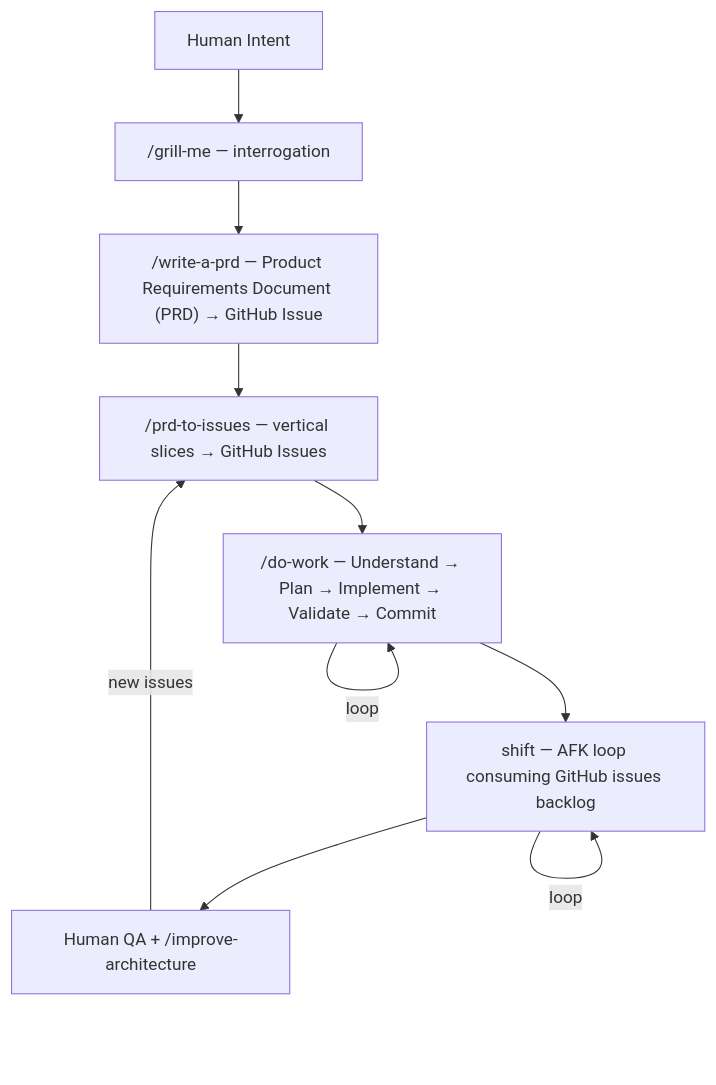
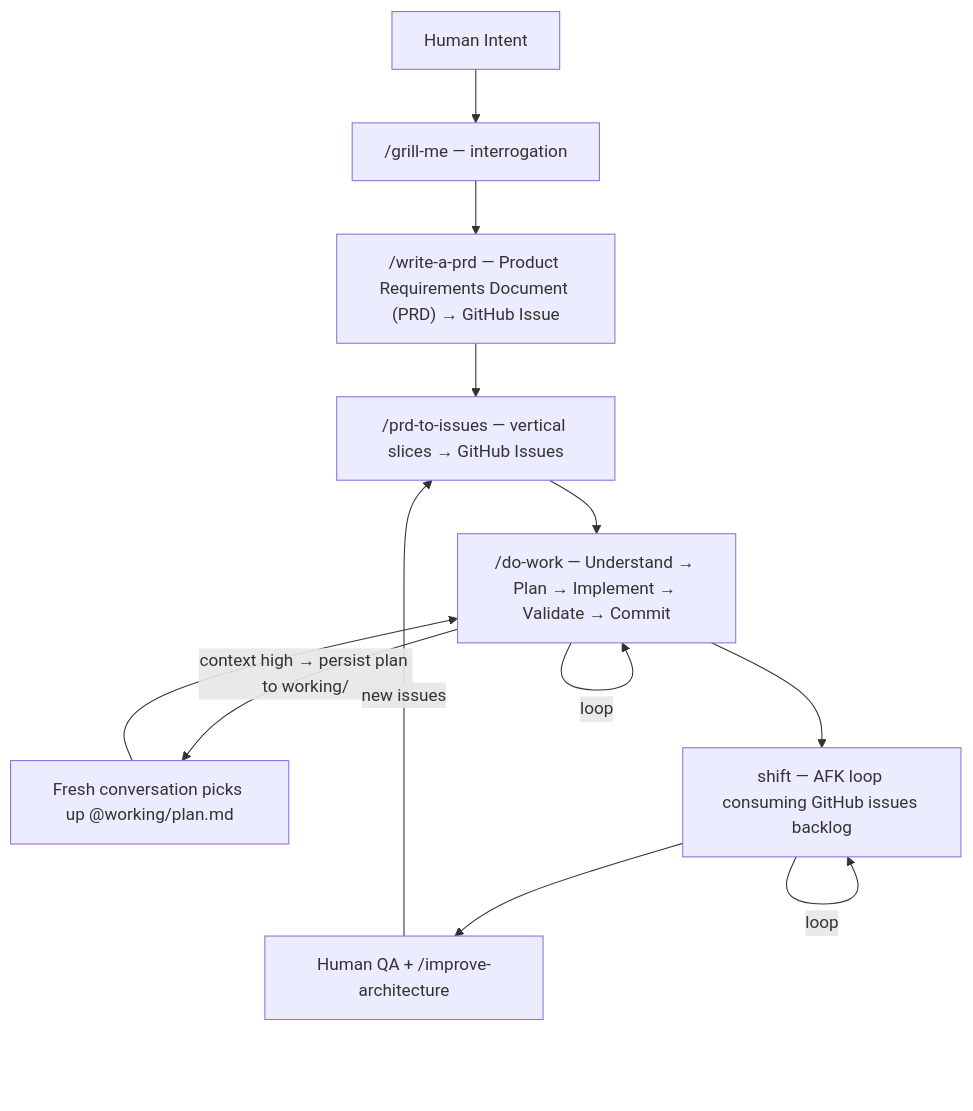
Before and after one commit to arndvs/ctrlshft: the diagram in README.md, drawn with Mermaid. The commit also changed other lines of this file and 5 other files, not shown here.

````diff
--- a/README.md
+++ b/README.md
@@ -24,12 +24,14 @@
 ```mermaid
 graph TD
     A[Human Intent] --> B["/grill-me — interrogation"]
     B --> C["/write-a-prd — Product Requirements Document (PRD) → GitHub Issue"]
     C --> D["/prd-to-issues — vertical slices → GitHub Issues"]
     D --> E["/do-work — Understand → Plan → Implement → Validate → Commit"]
     E -->|loop| E
+    E -->|"context high → persist plan to working/"| H["Fresh conversation picks up @working/plan.md"]
+    H --> E
     E --> F["shift — AFK loop consuming GitHub issues backlog"]
     F -->|loop| F
     F --> G["Human QA + /improve-architecture"]
     G -->|new issues| D
 ```
````
